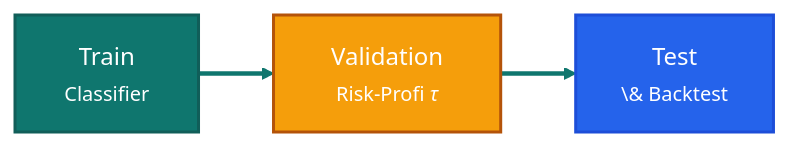
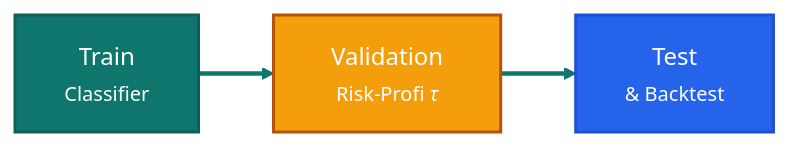
The third of 3 diagrams in README.md (Pablo-Molla-Charlez/SecondaryModel), drawn with Mermaid before and after one commit. The commit also changed other lines of this file, not shown here.

````diff
--- a/README.md
+++ b/README.md
@@ -81,11 +81,11 @@
 ```mermaid
 %%{init: {'theme': 'base', 'themeVariables': { 'primaryColor': '#0f766e', 'primaryBorderColor': '#115e59', 'primaryTextColor': '#ffffff', 'secondaryColor': '#f59e0b', 'tertiaryColor': '#dbeafe', 'lineColor': '#0f172a', 'background': '#ffffff'}}}%%
 flowchart LR
     A["&nbsp;&nbsp;&nbsp;Train&nbsp;&nbsp;&nbsp;<br/><small>Classifier</small>"]:::train --> V["&nbsp;&nbsp;Validation&nbsp;&nbsp;<br/><small>Risk-Profi <i>τ</i></small>"]:::val
-    V --> D["&nbsp;&nbsp;&nbsp;&nbsp;&nbsp;Test&nbsp;&nbsp;&nbsp;&nbsp;&nbsp;<br/><small>\& Backtest</small>"]:::test
+    V --> D["&nbsp;&nbsp;&nbsp;&nbsp;&nbsp;Test&nbsp;&nbsp;&nbsp;&nbsp;&nbsp;<br/><small>& Backtest</small>"]:::test
     
     classDef train fill:#0f766e,stroke:#115e59,color:#ffffff,stroke-width:2px;
     classDef val   fill:#f59e0b,stroke:#b45309,color:#ffffff,stroke-width:2px;
     classDef test  fill:#2563eb,stroke:#1d4ed8,color:#ffffff,stroke-width:2px;
     linkStyle default stroke:#0f766e,stroke-width:3px;
 ```
````
